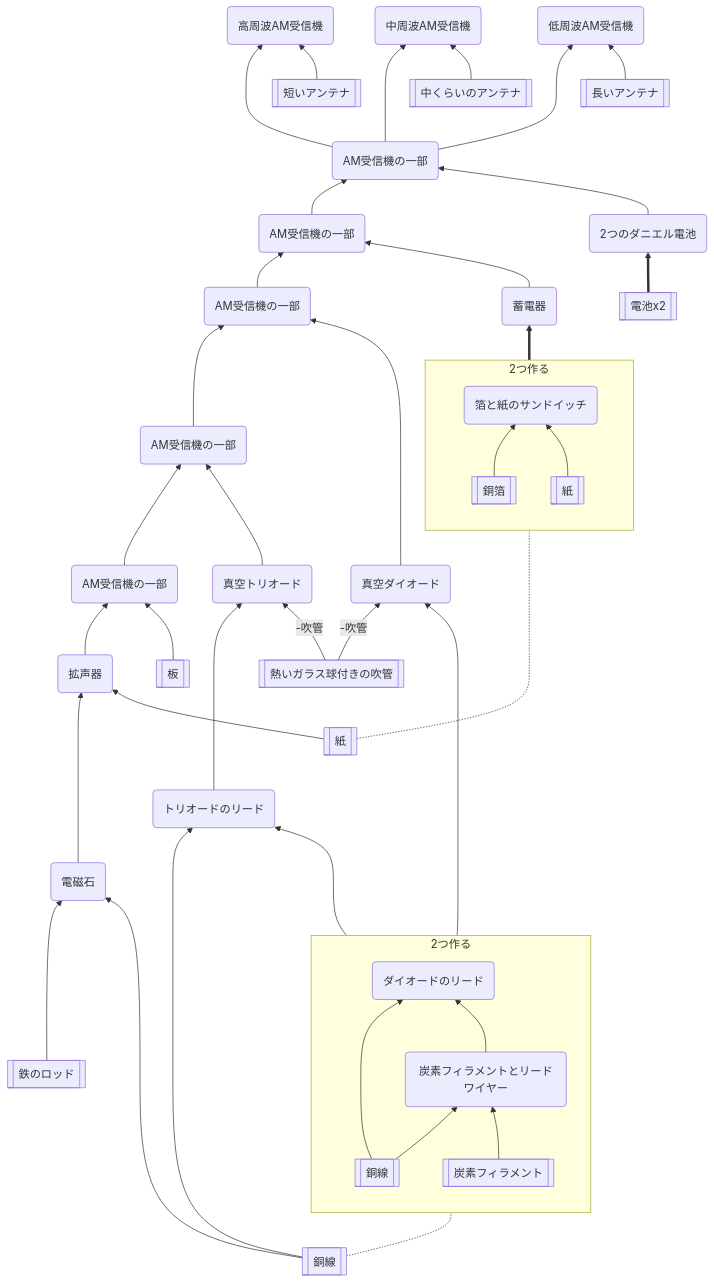
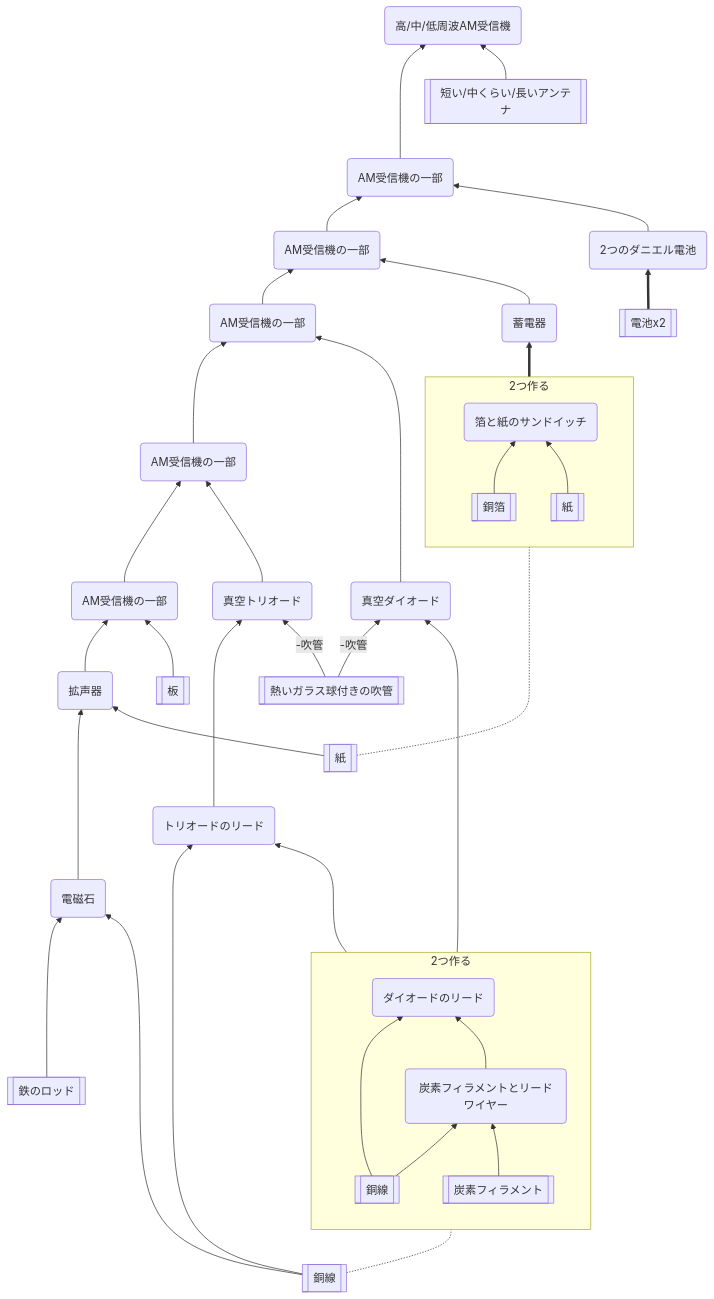
Before and after one commit to aya-0p/yah-craft-recipe: the diagram in AM-receiver.md, drawn with Mermaid.

````diff
--- a/AM-receiver.md
+++ b/AM-receiver.md
@@ -2,65 +2,59 @@
 ```mermaid
 flowchart BT
 aa[[鉄のロッド]]
 ab[[銅線]]
 ac[[紙]]
 ad[[板]]
 ae[[炭素フィラメント]]
 af[[熱いガラス球付きの吹管]]
 ag[[銅箔]]
 ah[[紙]]
 ai[[電池x2]]
 ac -.- ah
-aj[[長いアンテナ]]
-ak[[中くらいのアンテナ]]
-al[[短いアンテナ]]
+aj[[短い/中くらい/長いアンテナ]]
 
 aa --> ba(電磁石)
 ab --> ba
 ba ----> bb(拡声器)
 ac --> bb
 bb --> bc(AM受信機の一部)
 ad --> bc
 
 subgraph x [2つ作る]
 direction BT
 xa[[銅線]]
 xa --> ca(炭素フィラメントとリードワイヤー)
 ae --> ca
 xa --> cb(ダイオードのリード)
 ca --> cb
 end
 ab -.- xa
 
 x ---> da(トリオードのリード)
 ab ---> da
 da ----> db(真空トリオード)
 af -->|"-吹管"| db
 bc --> de(AM受信機の一部)
 db --> de
 x ---> df(真空ダイオード)
 af -->|"-吹管"| df
 de --> dg(AM受信機の一部)
 df --> dg
 
 subgraph y [2つ作る]
 direction BT
 ag --> ea(箔と紙のサンドイッチ)
 ah --> ea
 end
 y ==> eb(蓄電器)
 
 dg --> fa(AM受信機の一部)
 eb --> fa
 
 ai ==> fb(2つのダニエル電池)
 fa --> fc(AM受信機の一部)
 fb --> fc
 
-fc ---> fd(高周波AM受信機)
-fc ---> fe(中周波AM受信機)
-fc ---> ff(低周波AM受信機)
-al --> fd
-ak --> fe
-aj --> ff
+fc ---> fd(高/中/低周波AM受信機)
+aj --> fd
 ```
````
